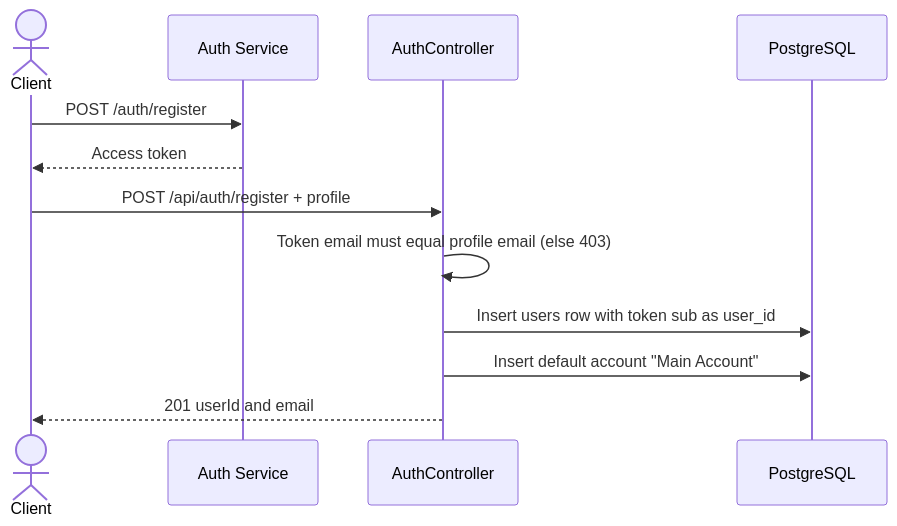
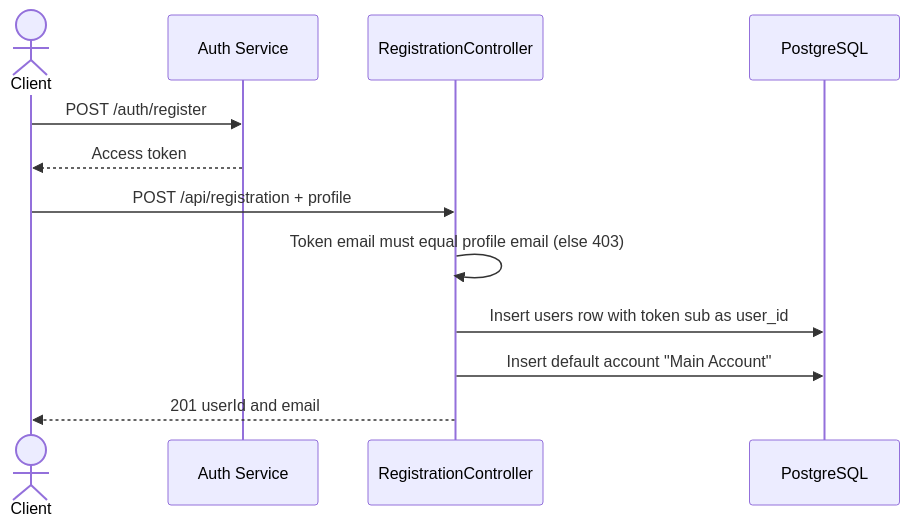
The second of 5 diagrams in apps/holdings-and-trade-service/README.md (seankcheema/trading-season), drawn with Mermaid before and after one commit. The commit also changed other lines of this file and 3 other files, not shown here.

````diff
--- a/apps/holdings-and-trade-service/README.md
+++ b/apps/holdings-and-trade-service/README.md
@@ -90,15 +90,15 @@
 ```mermaid
 sequenceDiagram
     actor Client
     participant Auth as Auth Service
-    participant H as AuthController
+    participant H as RegistrationController
     participant DB as PostgreSQL
 
     Client->>Auth: POST /auth/register
     Auth-->>Client: Access token
-    Client->>H: POST /api/auth/register + profile
+    Client->>H: POST /api/registration + profile
     H->>H: Token email must equal profile email (else 403)
     H->>DB: Insert users row with token sub as user_id
     H->>DB: Insert default account "Main Account"
     H-->>Client: 201 userId and email
 ```
````
